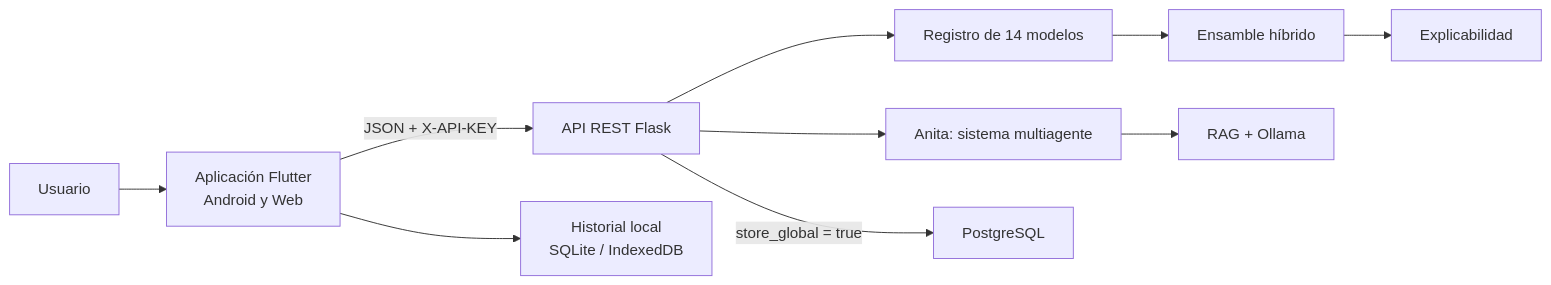
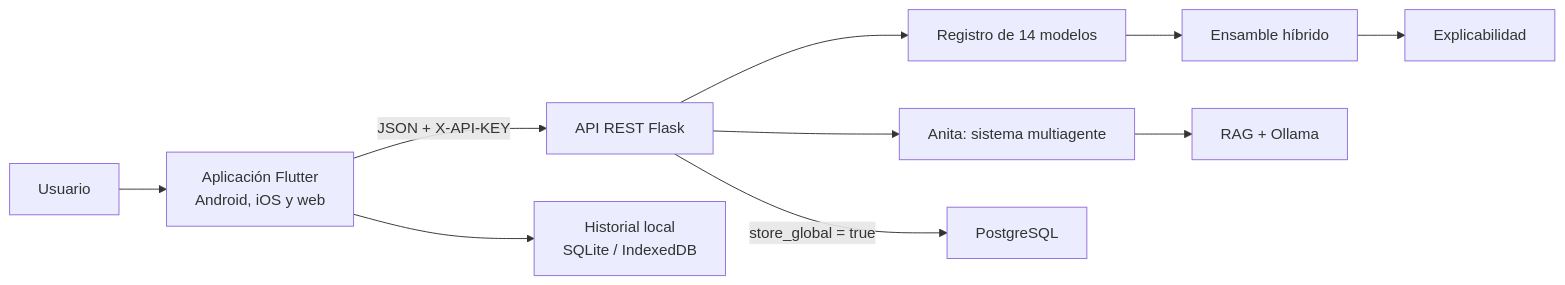
One commit to AlejandroDart/phishing-url-classifier changed the diagram in README.md. Above: the diagram before and after it, drawn with Mermaid. The commit also changed other lines of this file and 44 other files, not shown here.

````diff
--- a/README.md
+++ b/README.md
@@ -39,12 +39,12 @@
 ```mermaid
 flowchart LR
-    U["Usuario"] --> A["Aplicación Flutter<br/>Android y Web"]
+    U["Usuario"] --> A["Aplicación Flutter<br/>Android, iOS y web"]
     A -->|"JSON + X-API-KEY"| B["API REST Flask"]
     B --> R["Registro de 14 modelos"]
     R --> H["Ensamble híbrido"]
     H --> X["Explicabilidad"]
     B --> C["Anita: sistema multiagente"]
     C --> K["RAG + Ollama"]
     A --> L["Historial local<br/>SQLite / IndexedDB"]
     B -->|"store_global = true"| P["PostgreSQL"]
 ```
````
